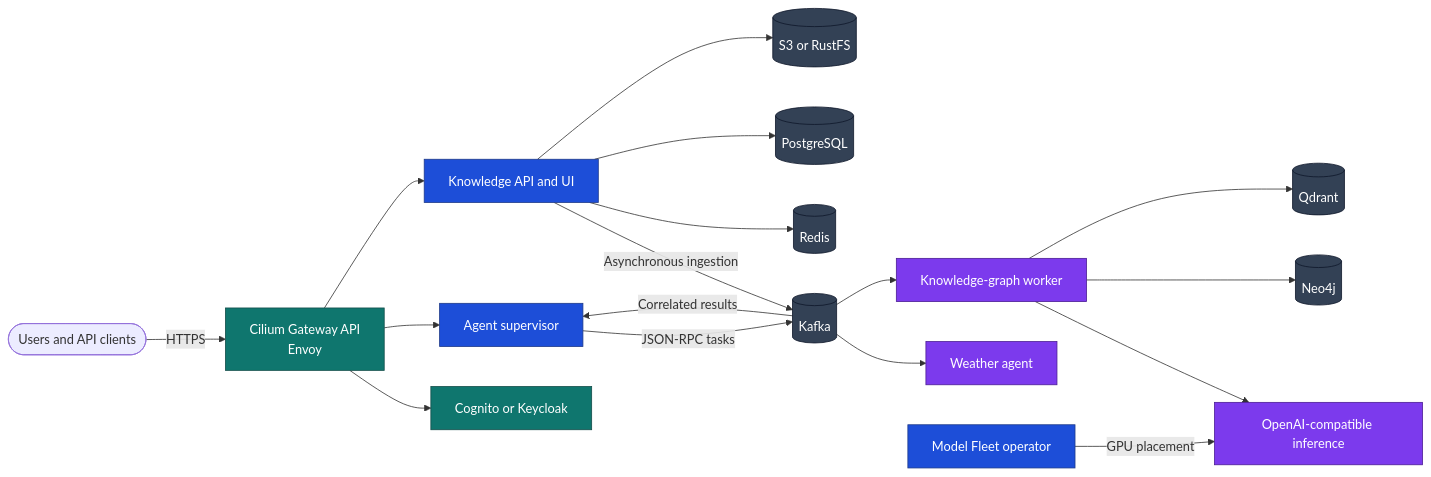
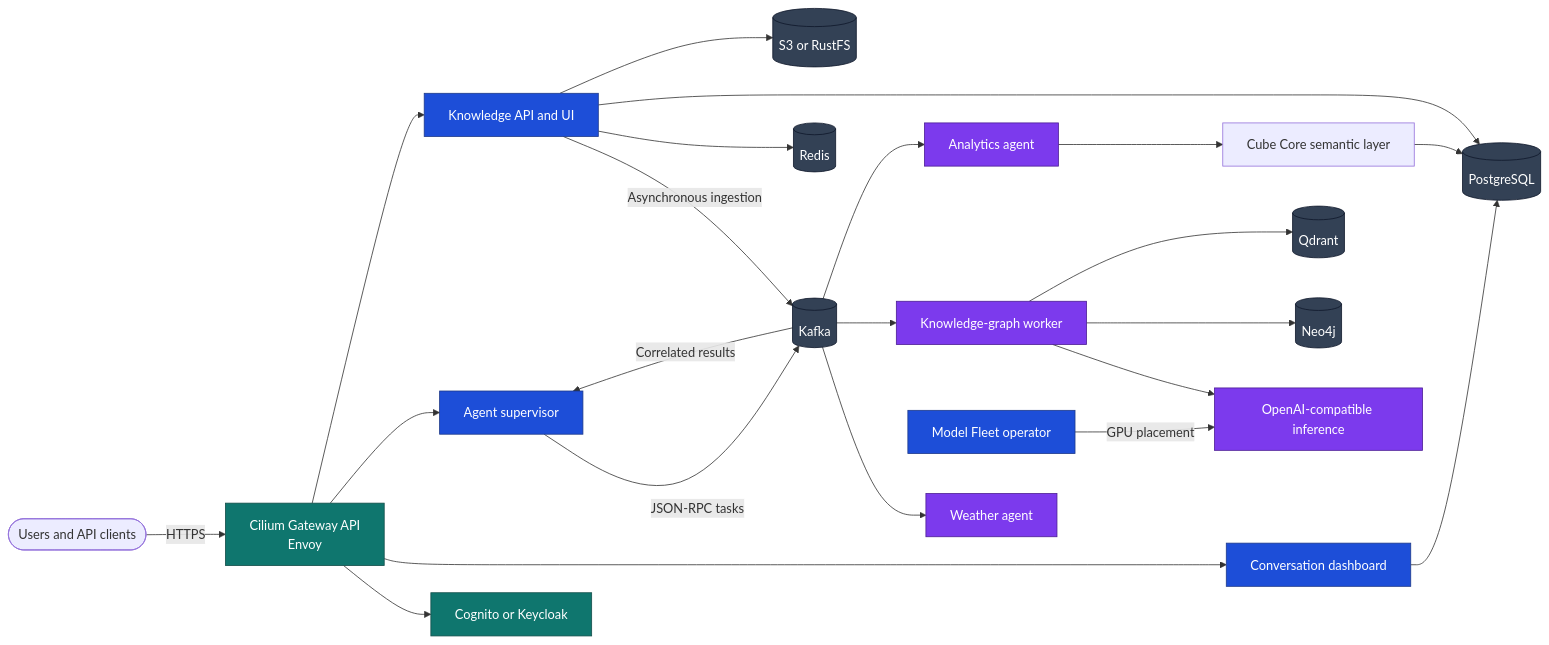
The diagram in README.md (sqe/agentic-kubernetes-platform), drawn with Mermaid before and after one commit. The commit also changed other lines of this file and 54 other files, not shown here.

````diff
--- a/README.md
+++ b/README.md
@@ -37,28 +38,33 @@
 ```mermaid
 flowchart LR
     User([Users and API clients]) -->|HTTPS| Gateway[Cilium Gateway API<br/>Envoy]
     Gateway --> Identity[Cognito or Keycloak]
+    Gateway --> Dashboard[Conversation dashboard]
     Gateway --> Supervisor[Agent supervisor]
     Gateway --> GraphAPI[Knowledge API and UI]
     Supervisor -->|JSON-RPC tasks| Kafka[(Kafka)]
     GraphAPI -->|Asynchronous ingestion| Kafka
     Kafka --> Weather[Weather agent]
     Kafka --> Knowledge[Knowledge-graph worker]
+    Kafka --> Analytics[Analytics agent]
+    Analytics --> Cube[Cube Core semantic layer]
+    Cube --> PostgreSQL
     Knowledge --> LLM[OpenAI-compatible inference]
     Knowledge --> Neo4j[(Neo4j)]
     Knowledge --> Qdrant[(Qdrant)]
     GraphAPI --> Redis[(Redis)]
     GraphAPI --> PostgreSQL[(PostgreSQL)]
+    Dashboard --> PostgreSQL
     GraphAPI --> Objects[(S3 or RustFS)]
     Kafka -->|Correlated results| Supervisor
     Fleet[Model Fleet operator] -->|GPU placement| LLM
 
     classDef edge fill:#0f766e,color:#fff,stroke:#134e4a
     classDef control fill:#1d4ed8,color:#fff,stroke:#1e3a8a
     classDef agent fill:#7c3aed,color:#fff,stroke:#4c1d95
     classDef data fill:#334155,color:#fff,stroke:#0f172a
     class Gateway,Identity edge
-    class Supervisor,GraphAPI,Fleet control
-    class Weather,Knowledge,LLM agent
+    class Supervisor,GraphAPI,Dashboard,Fleet control
+    class Weather,Knowledge,Analytics,LLM agent
     class Kafka,Neo4j,Qdrant,Redis,PostgreSQL,Objects data
 ```
````
